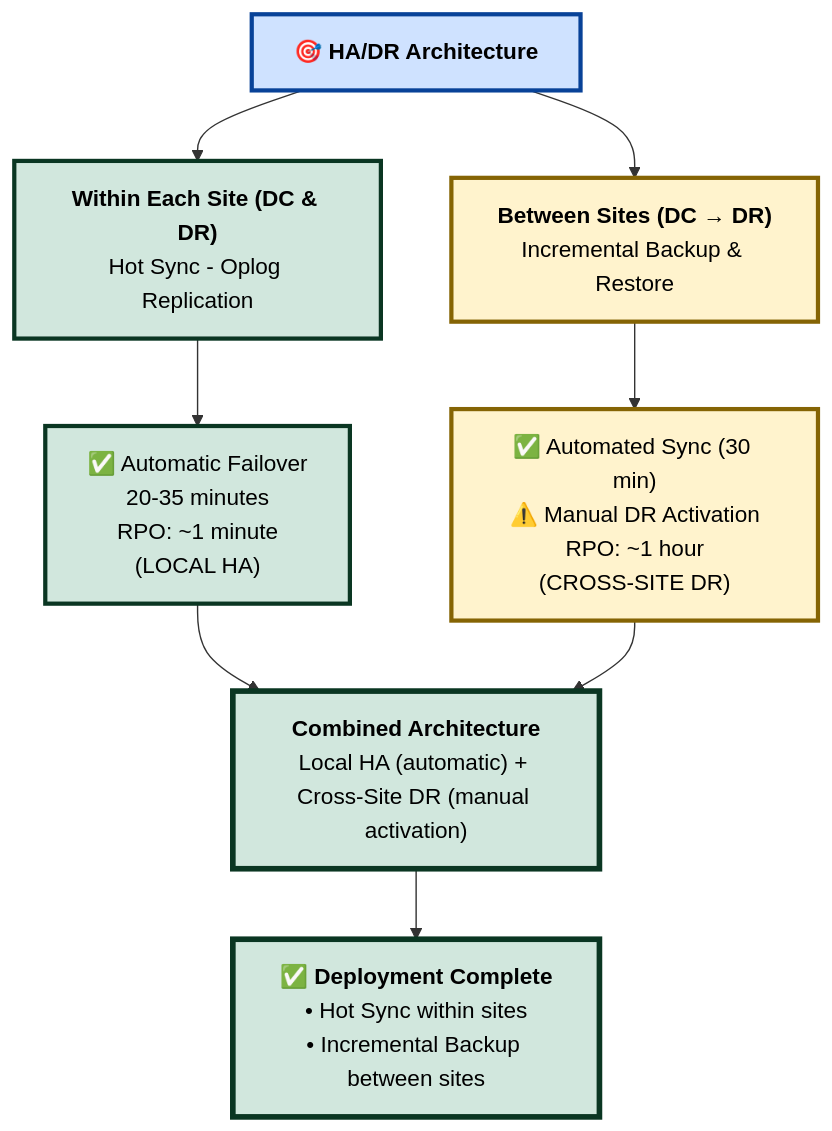
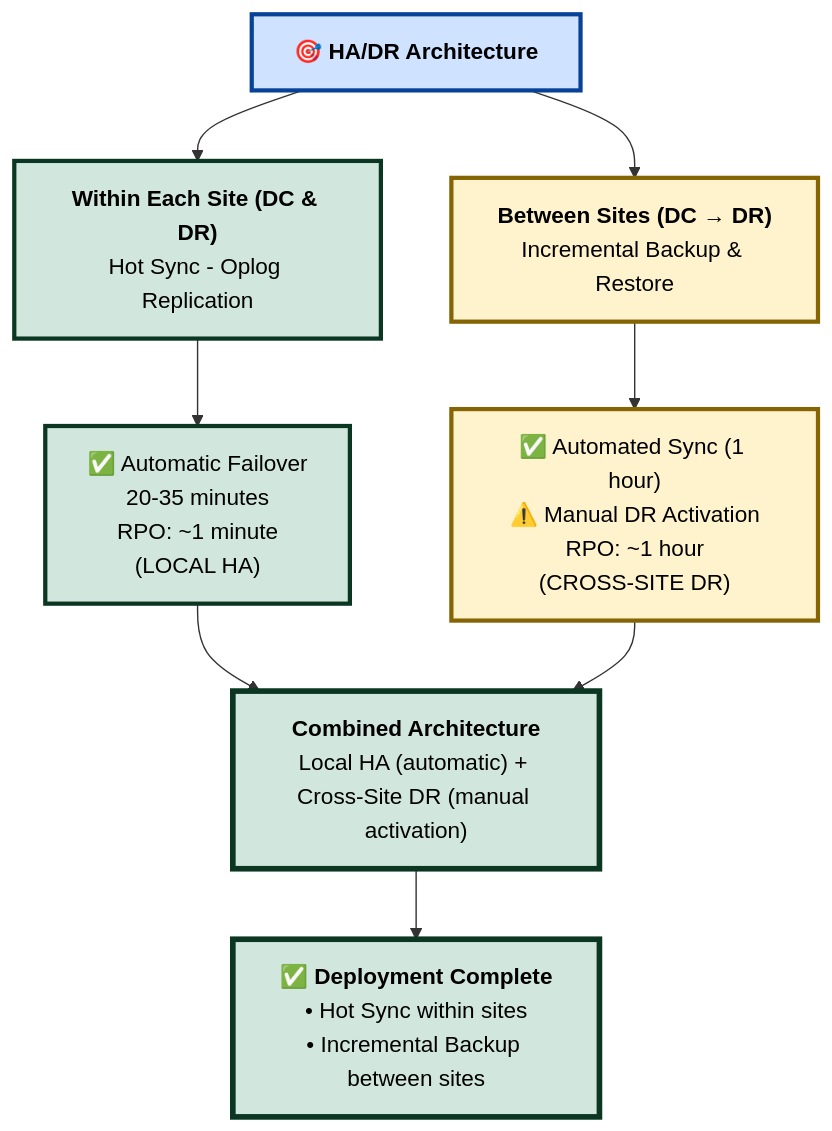
One commit to Karthikhvr/customers-docs changed diagram 11 of 12 in HA_DR_Architecture_Documentation_dt2.md. Above: the diagram before and after it, drawn with Mermaid. The commit also changed other lines of this file, not shown here.

Commit message:
Updated 30 min to 1 hour

````diff
--- a/HA_DR_Architecture_Documentation_dt2.md
+++ b/HA_DR_Architecture_Documentation_dt2.md
@@ -751,23 +751,23 @@
 ```mermaid
 flowchart TD
     A["🎯 <b>HA/DR Architecture</b>"] --> B["<b>Within Each Site (DC & DR)</b><br/>Hot Sync - Oplog Replication"]
     A --> C["<b>Between Sites (DC → DR)</b><br/>Incremental Backup & Restore"]
     
     B --> D["✅ Automatic Failover<br/>20-35 minutes<br/>RPO: ~1 minute<br/>(LOCAL HA)"]
-    C --> E["✅ Automated Sync (30 min)<br/>⚠️ Manual DR Activation<br/>RPO: ~1 hour<br/>(CROSS-SITE DR)"]
+    C --> E["✅ Automated Sync (1 hour)<br/>⚠️ Manual DR Activation<br/>RPO: ~1 hour<br/>(CROSS-SITE DR)"]
     
     D --> F["<b>Combined Architecture</b><br/>Local HA (automatic) + Cross-Site DR (manual activation)"]
     E --> F
     
     F --> G["✅ <b>Deployment Complete</b><br/>• Hot Sync within sites<br/>• Incremental Backup between sites"]
     
     classDef start fill:#cfe2ff,stroke:#084298,stroke-width:3px,color:#000
     classDef hotSync fill:#d1e7dd,stroke:#0a3622,stroke-width:3px,color:#000
     classDef backup fill:#fff3cd,stroke:#856404,stroke-width:3px,color:#000
     classDef success fill:#d1e7dd,stroke:#0a3622,stroke-width:4px,color:#000
     
     class A start
     class B,D hotSync
     class C,E backup
     class F,G success
 ```
````
